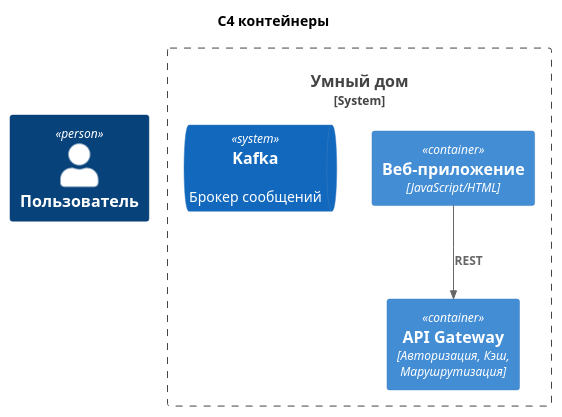
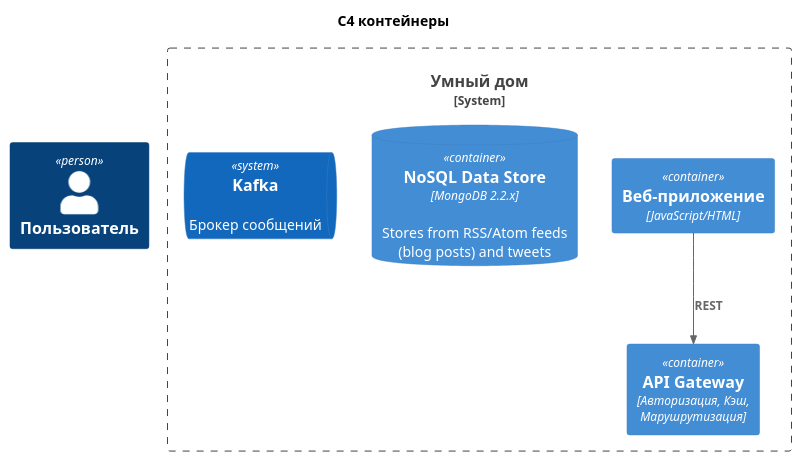
Before and after one commit to laksan1/architecture-sprint-3: the diagram in diagrams/task_2/task_2_c4_containers.puml, drawn with PlantUML.

Commit message:
add ContainerDb

```diff
--- a/diagrams/task_2/task_2_c4_containers.puml
+++ b/diagrams/task_2/task_2_c4_containers.puml
@@ -1,25 +1,27 @@
 @startuml
 title "С4 контейнеры"
 
 !include https://raw.githubusercontent.com/plantuml-stdlib/C4-PlantUML/master/C4_Component.puml
 !include https://raw.githubusercontent.com/plantuml-stdlib/C4-PlantUML/master/C4_Context.puml
 
 LAYOUT_TOP_DOWN()
 
 ' Определение пользователей
 Person(user, "Пользователь")
 
 ' Определение границ системы
 System_Boundary(smartHome, "Умный дом") {
 
     Container(ui, "Веб-приложение", "JavaScript/HTML")
     Container(apiGateway, "API Gateway", "Авторизация, Кэш, Марушрутизация")
 
+    ContainerDb(nosql, "NoSQL Data Store", "MongoDB 2.2.x", "Stores from RSS/Atom feeds (blog posts) and tweets")
+    
     SystemQueue(Kafka, "Kafka", "Брокер сообщений")
 }
 
 
 ' Взаимодействие между контейнерами системы
 Rel(ui, apiGateway, "REST")
 
 @enduml
```
